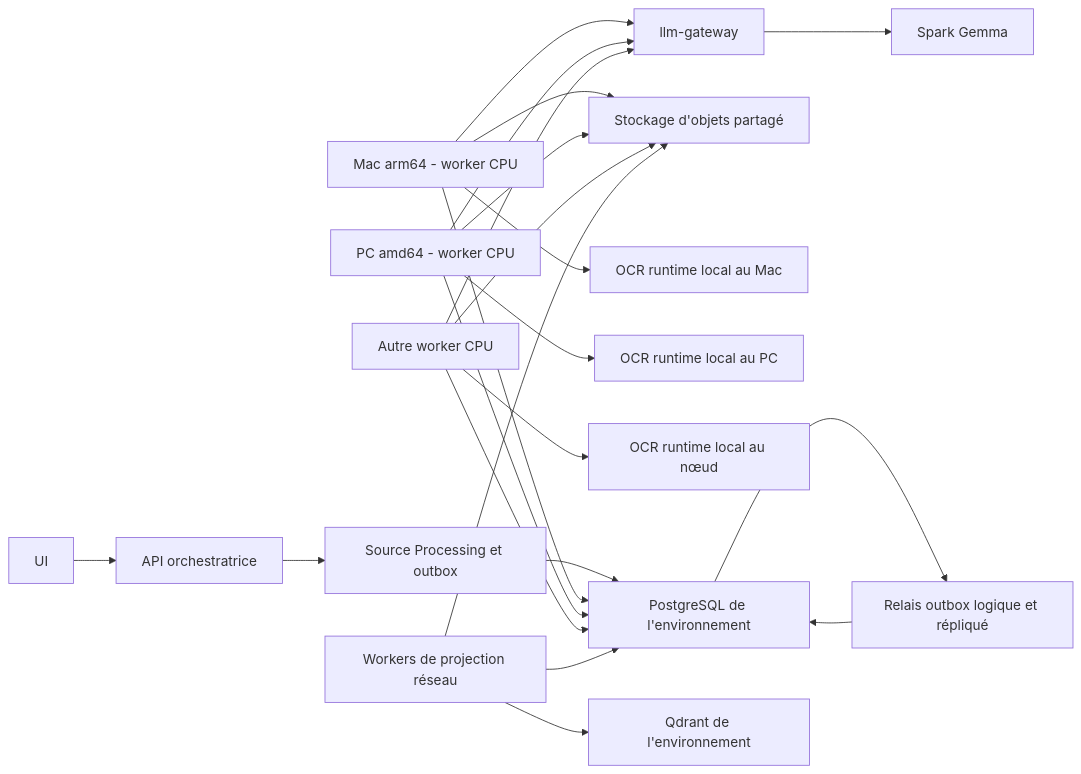
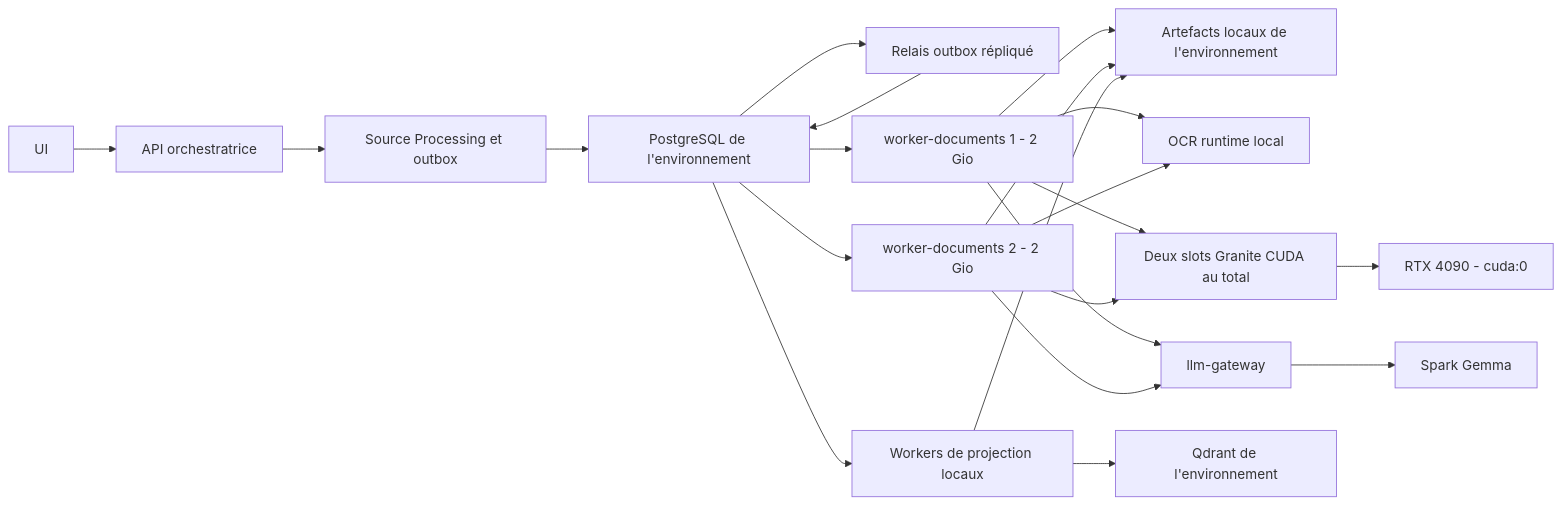
Before and after one commit to toba75/chatbot_trading: the diagram in docs/specs/plan_distribution.md, drawn with Mermaid. The commit also changed other lines of this file and 1 other file, not shown here.

Commit message:
docs(m014): recentrer la distribution sur deux workers locaux

````diff
--- a/docs/specs/plan_distribution.md
+++ b/docs/specs/plan_distribution.md
@@ -176,29 +192,26 @@
 ```mermaid
 flowchart LR
     UI["UI"] --> API["API orchestratrice"]
     API --> SP["Source Processing et outbox"]
     SP --> PG["PostgreSQL de l'environnement"]
-    PG --> RELAY["Relais outbox logique et répliqué"]
+    PG --> RELAY["Relais outbox répliqué"]
     RELAY --> PG
 
-    WMA["Mac arm64 - worker CPU"] --> PG
-    WPC["PC amd64 - worker CPU"] --> PG
-    WPA["Autre worker CPU"] --> PG
+    PG --> W1["worker-documents 1 - 2 Gio"]
+    PG --> W2["worker-documents 2 - 2 Gio"]
+    W1 --> ART["Artefacts locaux de l'environnement"]
+    W2 --> ART
+    W1 --> OCR["OCR runtime local"]
+    W2 --> OCR
+    W1 --> SLOTS["Deux slots Granite CUDA au total"]
+    W2 --> SLOTS
+    SLOTS --> GPU["RTX 4090 - cuda:0"]
 
-    WMA --> OBJ["Stockage d'objets partagé"]
-    WPC --> OBJ
-    WPA --> OBJ
-
-    WMA --> OCRMA["OCR runtime local au Mac"]
-    WPC --> OCRPC["OCR runtime local au PC"]
-    WPA --> OCRPA["OCR runtime local au nœud"]
-
-    WMA --> GW["llm-gateway"]
-    WPC --> GW
-    WPA --> GW
+    W1 --> GW["llm-gateway"]
+    W2 --> GW
     GW --> SPARK["Spark Gemma"]
 
-    PROJ["Workers de projection réseau"] --> PG
-    PROJ --> OBJ
+    PG --> PROJ["Workers de projection locaux"]
+    PROJ --> ART
     PROJ --> QD["Qdrant de l'environnement"]
 ```
````
